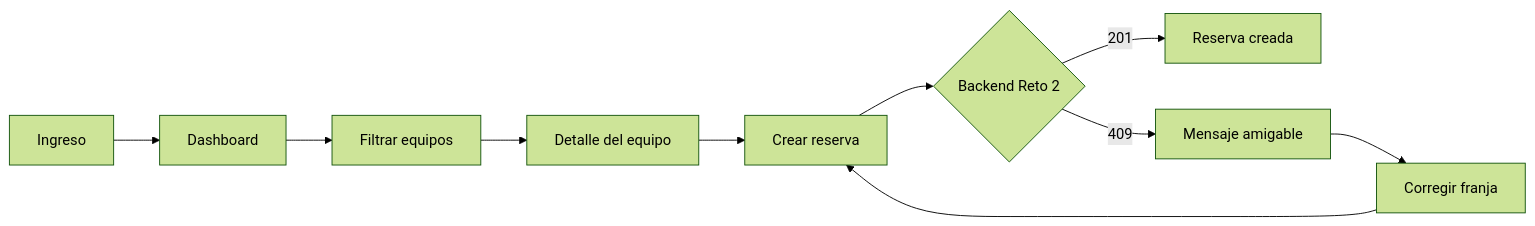
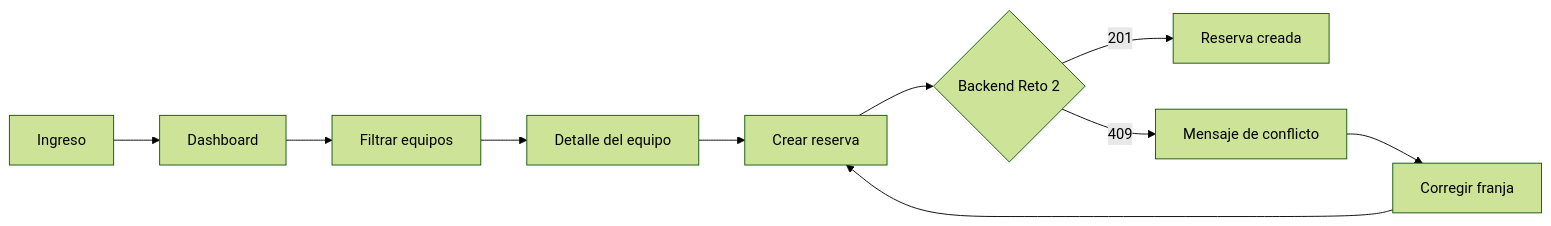
Before and after one commit to lisudea/technical-test-2026-2: the fourth of 19 diagrams in README.md, drawn with Mermaid (forest theme). The commit also changed other lines of this file and 1 other file, not shown here.

````diff
--- a/README.md
+++ b/README.md
@@ -286,12 +286,12 @@
 ```mermaid
 flowchart LR
   Login[Ingreso] --> Dashboard[Dashboard]
   Dashboard --> Filtros[Filtrar equipos]
   Filtros --> Detalle[Detalle del equipo]
   Detalle --> Reserva[Crear reserva]
   Reserva --> Backend{Backend Reto 2}
   Backend -->|201| Exito[Reserva creada]
-  Backend -->|409| Conflicto[Mensaje amigable]
+  Backend -->|409| Conflicto[Mensaje de conflicto]
   Conflicto --> Correccion[Corregir franja]
   Correccion --> Reserva
 ```
````
